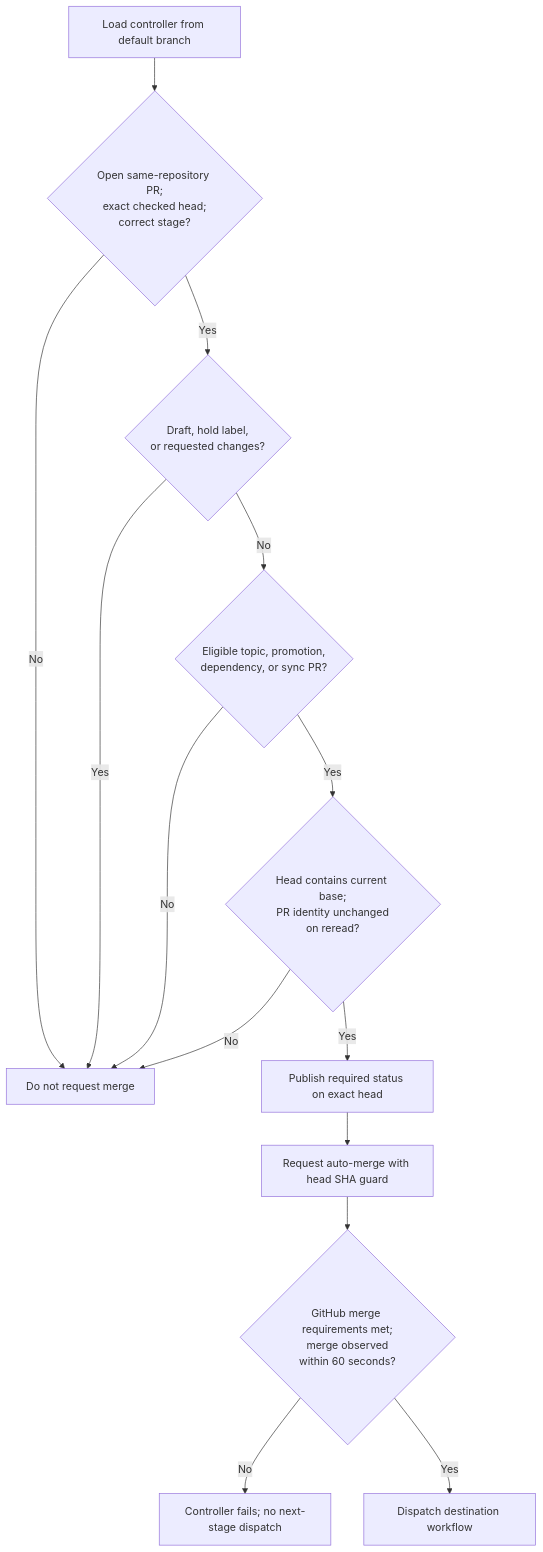
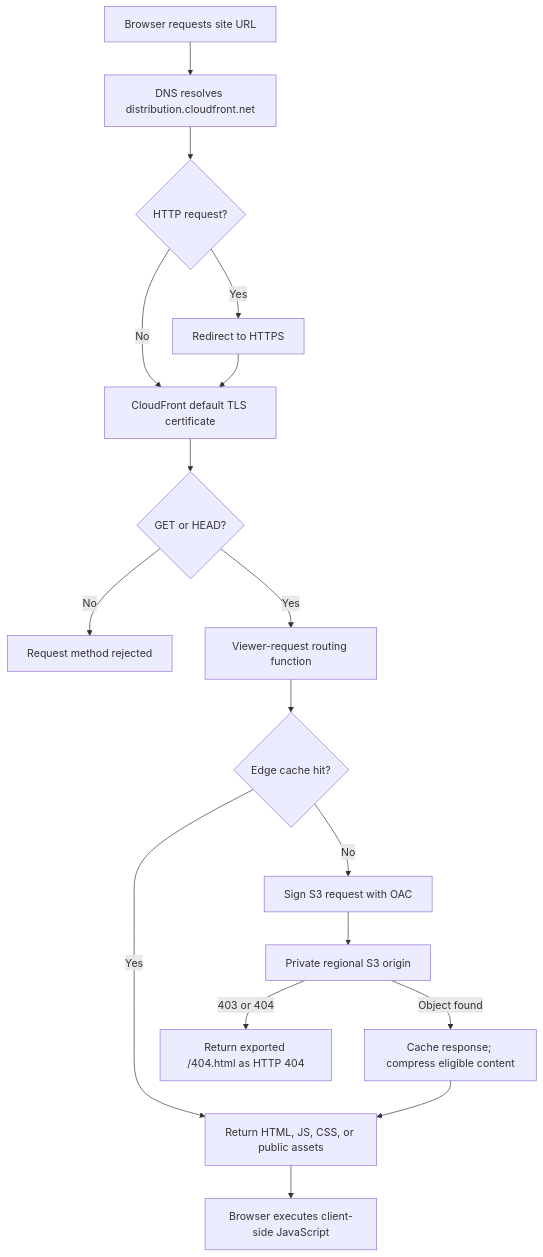
Before and after one commit to Yale-Undergraduate-Consulting-Group/club-res-website: the seventh of 16 diagrams in docs/CI_CD.md, drawn with Mermaid. The commit also changed other lines of this file and 40 other files, not shown here.

Commit message:
Redesign contributor stages and document AWS architecture

````diff
--- a/docs/CI_CD.md
+++ b/docs/CI_CD.md
@@ -145,16 +274,19 @@
 ```mermaid
 flowchart TD
-  A["Load controller from default branch"] --> B{"Open same-repository PR;<br/>exact checked head;<br/>correct stage?"}
-  B -->|No| N["Do not request merge"]
-  B -->|Yes| H{"Draft, hold label,<br/>or requested changes?"}
-  H -->|Yes| N
-  H -->|No| D{"Eligible topic, promotion,<br/>dependency, or sync PR?"}
-  D -->|No| N
-  D -->|Yes| C{"Head contains current base;<br/>PR identity unchanged<br/>on reread?"}
-  C -->|No| N
-  C -->|Yes| S["Publish required status on exact head"]
-  S --> M["Request auto-merge with head SHA guard"]
-  M --> G{"GitHub merge requirements met;<br/>merge observed<br/>within 60 seconds?"}
-  G -->|No| X["Controller fails; no next-stage dispatch"]
-  G -->|Yes| W["Dispatch destination workflow"]
+  B["Browser requests site URL"] --> DNS["DNS resolves distribution.cloudfront.net"]
+  DNS --> PROTO{"HTTP request?"}
+  PROTO -->|Yes| HTTPS["Redirect to HTTPS"]
+  PROTO -->|No| TLS["CloudFront default TLS certificate"]
+  HTTPS --> TLS
+  TLS --> METHOD{"GET or HEAD?"}
+  METHOD -->|No| REJECT["Request method rejected"]
+  METHOD -->|Yes| FN["Viewer-request routing function"]
+  FN --> CACHE{"Edge cache hit?"}
+  CACHE -->|Yes| RES["Return HTML, JS, CSS, or public assets"]
+  CACHE -->|No| OAC["Sign S3 request with OAC"]
+  OAC --> S3["Private regional S3 origin"]
+  S3 -->|Object found| CACHEFILL["Cache response; compress eligible content"]
+  CACHEFILL --> RES
+  S3 -->|403 or 404| ERR["Return exported /404.html as HTTP 404"]
+  RES --> JS["Browser executes client-side JavaScript"]
 ```
````
